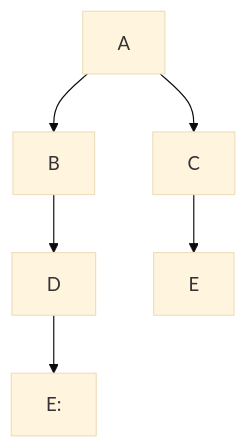
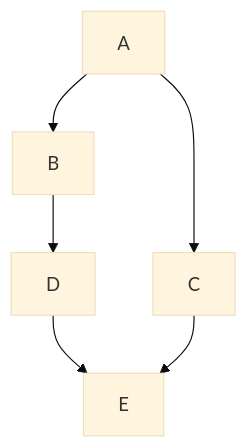
The diagram in docs/architecture/overview.md (aidancorcoran/godeploy), drawn with Mermaid (base theme) before and after one commit.

Commit message:
docs: fix colon

````diff
--- a/docs/architecture/overview.md
+++ b/docs/architecture/overview.md
@@ -3,8 +3,8 @@
 ```mermaid
 graph TD;
     A-->B;
     A-->C;
     B-->D;
-    D-->E:
+    D-->E;
     C-->E;
 ```
````
